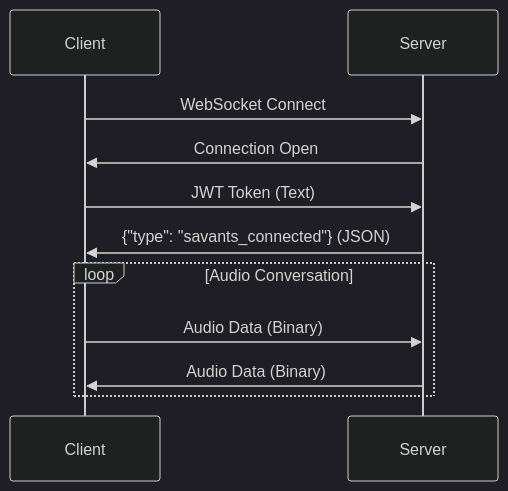
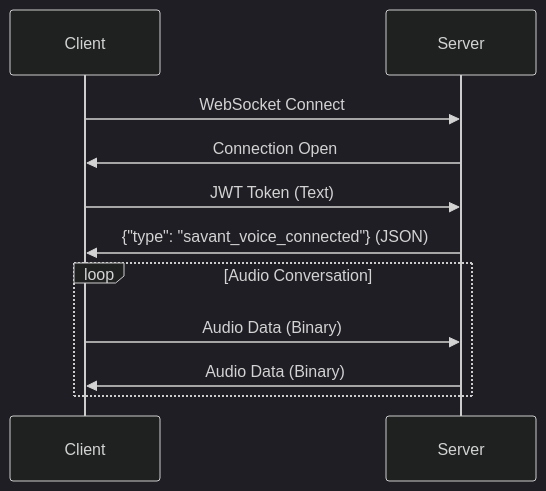
The first of 2 diagrams in api-reference/message-types.mdx (SavantCaleb/docs), drawn with Mermaid (dark theme) before and after one commit. The commit also changed other lines of this file, not shown here.

````diff
--- a/api-reference/message-types.mdx
+++ b/api-reference/message-types.mdx
@@ -263,15 +263,15 @@
 ```mermaid
 sequenceDiagram
     participant C as Client
     participant S as Server
     
     C->>S: WebSocket Connect
     S->>C: Connection Open
     C->>S: JWT Token (Text)
-    S->>C: {"type": "savants_connected"} (JSON)
+    S->>C: {"type": "savant_voice_connected"} (JSON)
     
     loop Audio Conversation
         C->>S: Audio Data (Binary)
         S->>C: Audio Data (Binary)
     end
 ```
````
